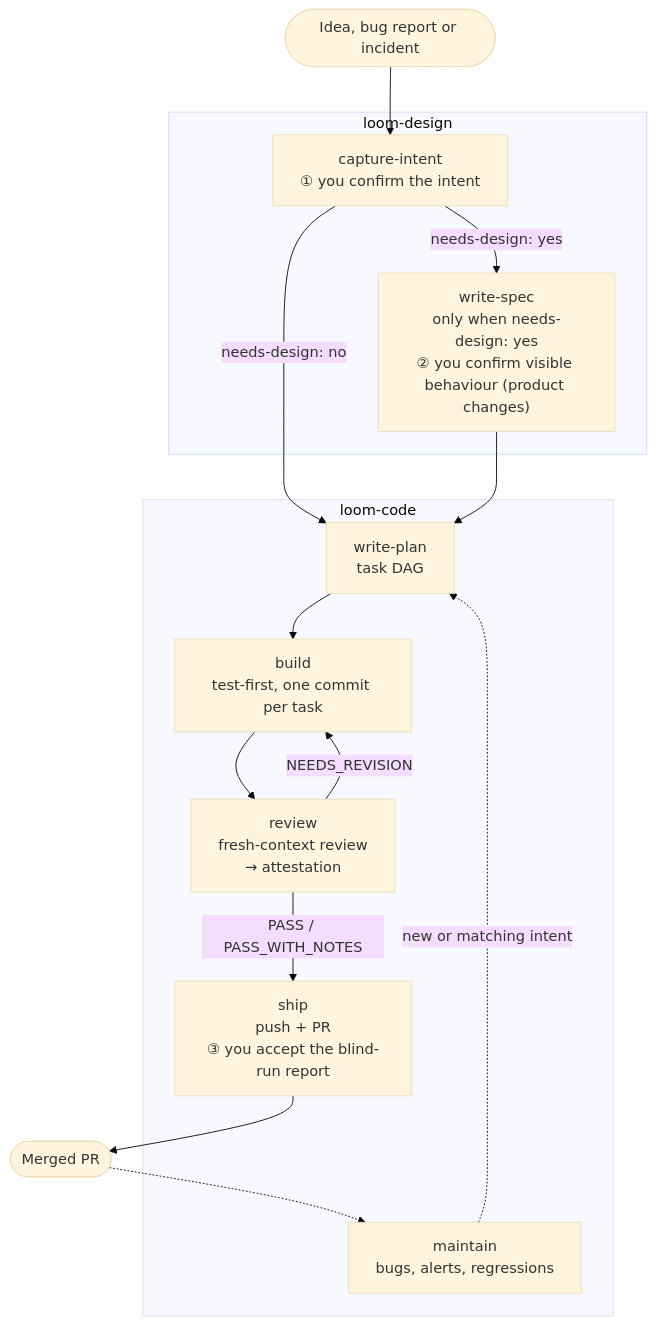
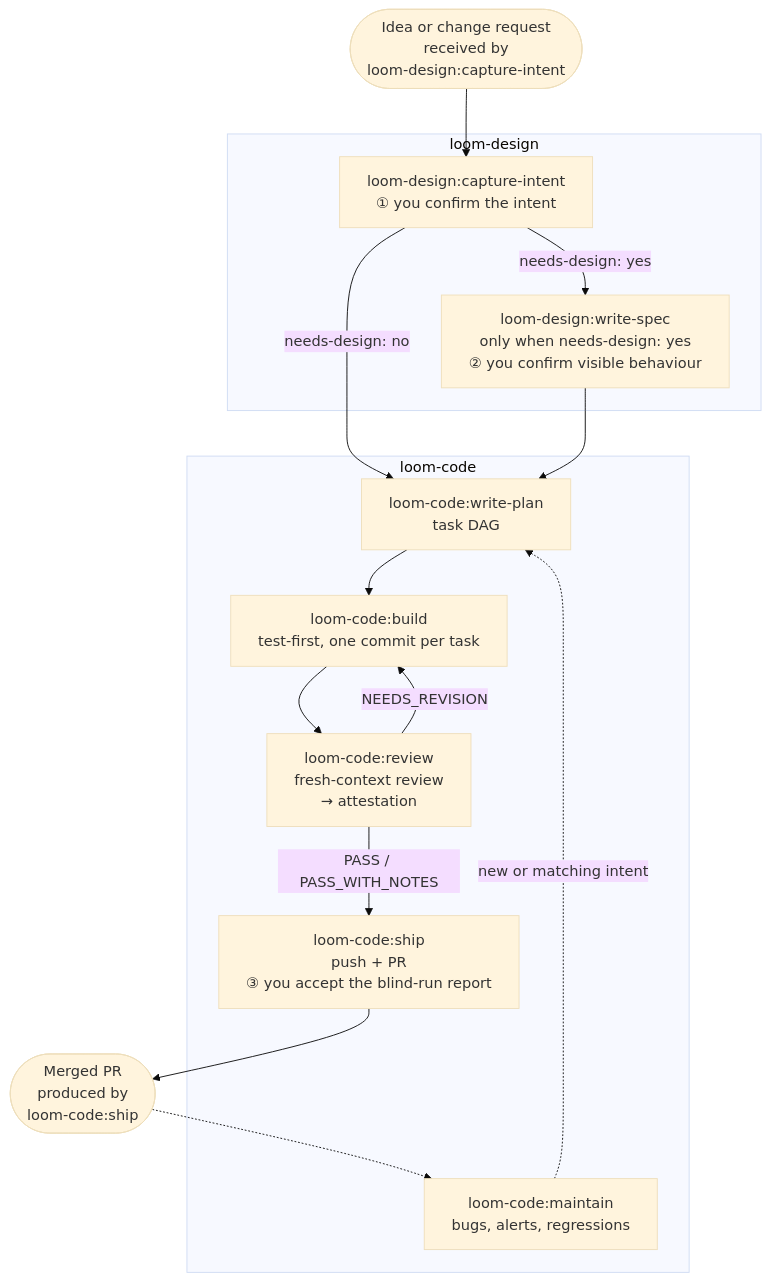
Before and after one commit to kouko/loom-plugins: the first of 2 diagrams in README.md, drawn with Mermaid (base theme). The commit also changed other lines of this file, not shown here.

````diff
--- a/README.md
+++ b/README.md
@@ -25,31 +25,32 @@
 ```mermaid
+%%{init: {"flowchart": {"wrappingWidth": 320}}}%%
 flowchart TD
-    idea(["Idea, bug report or incident"])
+    idea(["Idea or change request<br/>received by<br/>loom-design:capture-intent"])
 
     subgraph design["loom-design"]
-        intent["capture-intent<br/>① you confirm the intent"]
-        spec["write-spec<br/>only when needs-design: yes<br/>② you confirm visible behaviour (product changes)"]
+        intent["loom-design:capture-intent<br/>① you confirm the intent"]
+        spec["loom-design:write-spec<br/>only when needs-design: yes<br/>② you confirm visible behaviour"]
     end
 
     subgraph code["loom-code"]
-        plan["write-plan<br/>task DAG"]
-        build["build<br/>test-first, one commit per task"]
-        review["review<br/>fresh-context review<br/>→ attestation"]
-        ship["ship<br/>push + PR<br/>③ you accept the blind-run report"]
-        maintain["maintain<br/>bugs, alerts, regressions"]
+        plan["loom-code:write-plan<br/>task DAG"]
+        build["loom-code:build<br/>test-first, one commit per task"]
+        review["loom-code:review<br/>fresh-context review<br/>→ attestation"]
+        ship["loom-code:ship<br/>push + PR<br/>③ you accept the blind-run report"]
+        maintain["loom-code:maintain<br/>bugs, alerts, regressions"]
     end
 
-    merged(["Merged PR"])
+    merged(["Merged PR<br/>produced by<br/>loom-code:ship"])
 
     idea --> intent
     intent -->|"needs-design: yes"| spec
     intent -->|"needs-design: no"| plan
     spec --> plan
     plan --> build
     build --> review
     review -->|"NEEDS_REVISION"| build
     review -->|"PASS / PASS_WITH_NOTES"| ship
     ship --> merged
     merged -.-> maintain
     maintain -.->|"new or matching intent"| plan
 ```
````
